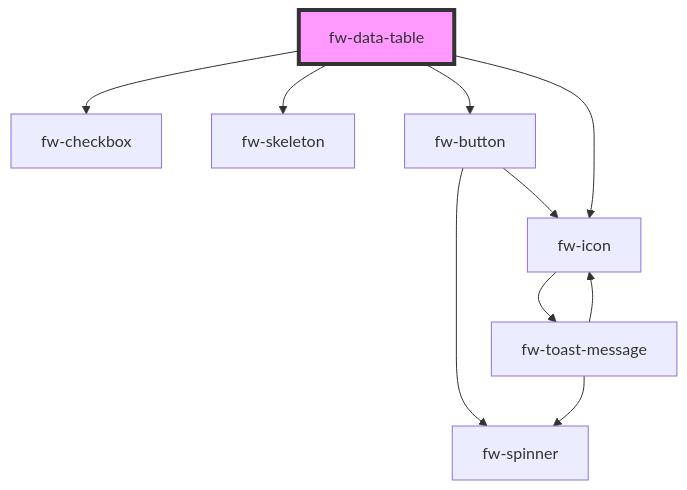
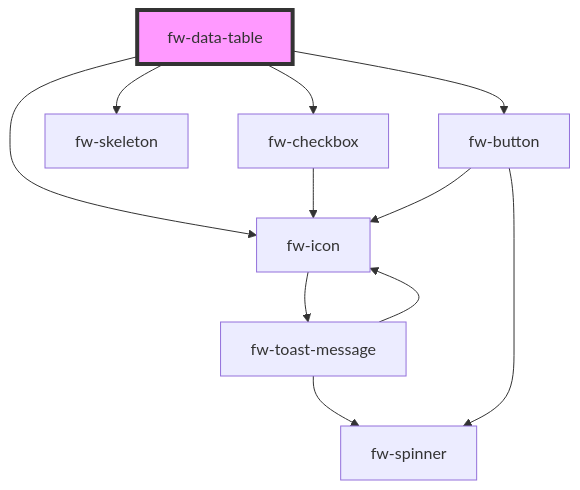
The diagram in packages/crayons-core/src/components/data-table/readme.md (freshworks/crayons), drawn with Mermaid before and after one commit. The commit also changed 10 other files, not shown here.

Commit message:
docs(checkbox): update readme to update dependency graphs

````diff
--- a/packages/crayons-core/src/components/data-table/readme.md
+++ b/packages/crayons-core/src/components/data-table/readme.md
@@ -1380,13 +1380,14 @@
 ```mermaid
 graph TD;
   fw-data-table --> fw-checkbox
   fw-data-table --> fw-skeleton
   fw-data-table --> fw-button
   fw-data-table --> fw-icon
-  fw-button --> fw-spinner
-  fw-button --> fw-icon
+  fw-checkbox --> fw-icon
   fw-icon --> fw-toast-message
   fw-toast-message --> fw-spinner
   fw-toast-message --> fw-icon
+  fw-button --> fw-spinner
+  fw-button --> fw-icon
   style fw-data-table fill:#f9f,stroke:#333,stroke-width:4px
 ```
````
